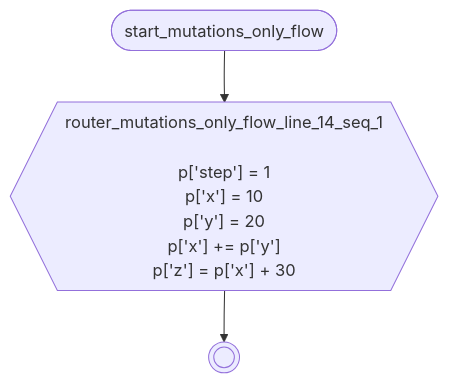
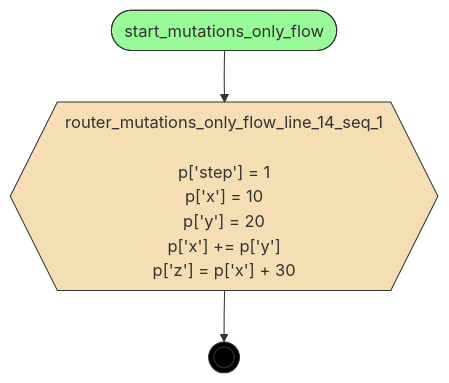
One commit to deliveryhero/asya changed the diagram in examples/flows/compiled/mutations_only/flow.mmd. Above: the diagram before and after it, drawn with Mermaid. The commit also changed 99 other files, not shown here.

Commit message:
colors-in-mermaid

```diff
--- a/examples/flows/compiled/mutations_only/flow.mmd
+++ b/examples/flows/compiled/mutations_only/flow.mmd
@@ -1,9 +1,17 @@
 flowchart TD
     %% Flow: mutations_only_flow
 
     router_mutations_only_flow_line_14_seq_1{{"router_mutations_only_flow_line_14_seq_1<br/><br/>p['step'] = 1<br/>p['x'] = 10<br/>p['y'] = 20<br/>p['x'] += p['y']<br/>p['z'] = p['x'] + 30"}}
     start_mutations_only_flow([start_mutations_only_flow])
     __end__((( )))
 
     start_mutations_only_flow --> router_mutations_only_flow_line_14_seq_1
     router_mutations_only_flow_line_14_seq_1 --> __end__
+
+    classDef entrypoint fill:#98FB98,stroke:#333
+    classDef router fill:#F5DEB3,stroke:#333
+    classDef handler fill:#ADD8E6,stroke:#333
+    classDef endpoint fill:#000,stroke:#333,color:#fff
+    class start_mutations_only_flow entrypoint
+    class router_mutations_only_flow_line_14_seq_1 router
+    class __end__ endpoint
```
